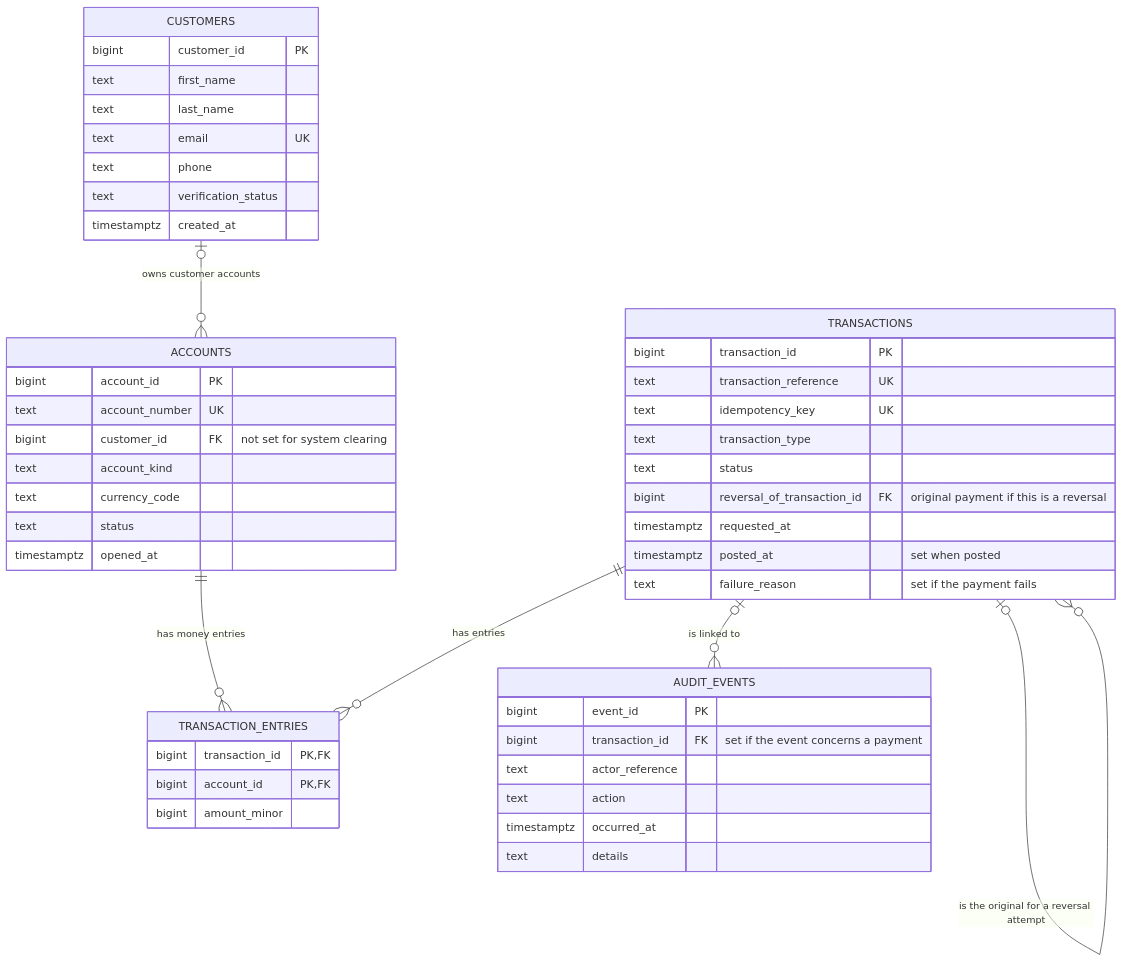
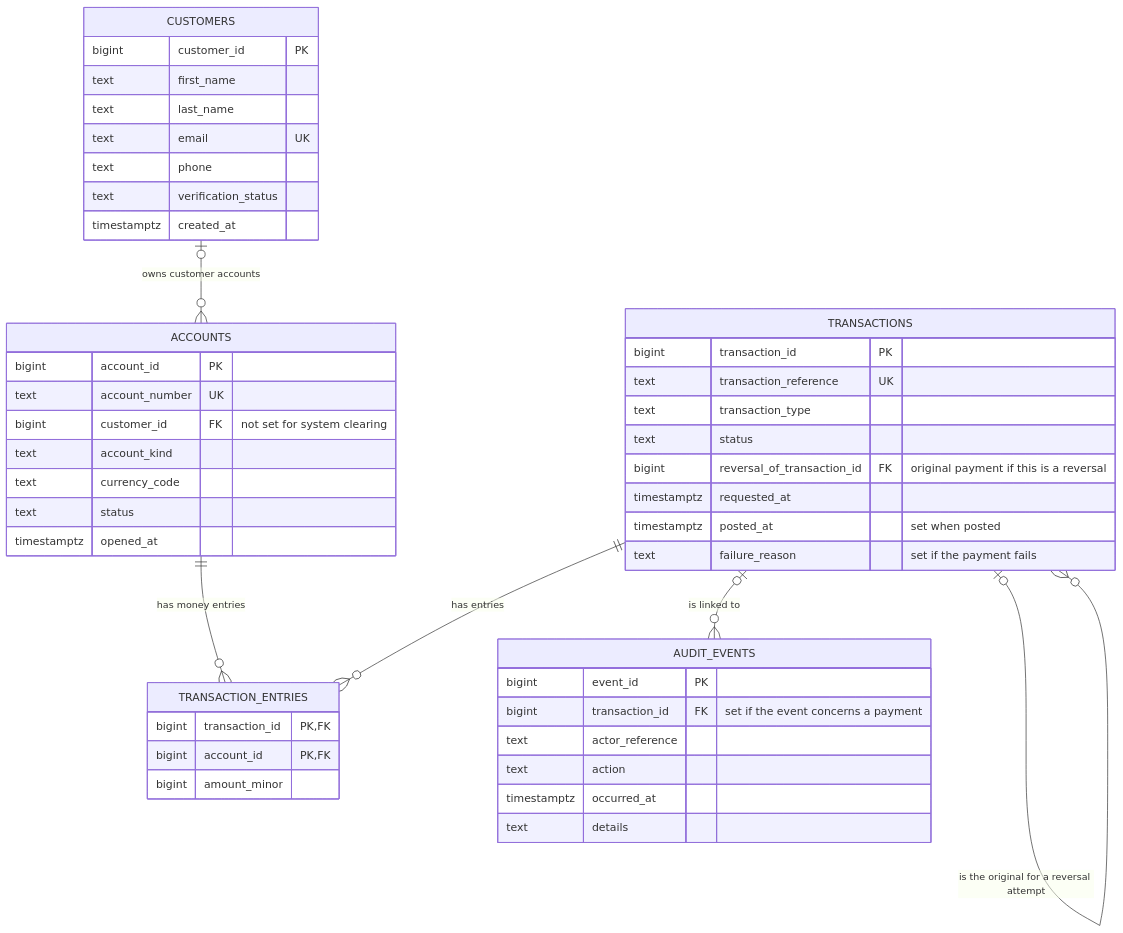
Before and after one commit to hafolabi/Oladipo_Afolabi_301919753: the diagram in Oladipo_Afolabi_301919753_Portfolio1DatabaseDesign/er_diagram.mmd, drawn with Mermaid. The commit also changed 14 other files, not shown here.

```diff
--- a/Oladipo_Afolabi_301919753_Portfolio1DatabaseDesign/er_diagram.mmd
+++ b/Oladipo_Afolabi_301919753_Portfolio1DatabaseDesign/er_diagram.mmd
@@ -1,49 +1,48 @@
 erDiagram
     CUSTOMERS o|--o{ ACCOUNTS : "owns customer accounts"
     ACCOUNTS ||--o{ TRANSACTION_ENTRIES : "has money entries"
     TRANSACTIONS ||--o{ TRANSACTION_ENTRIES : "has entries"
     TRANSACTIONS o|--o{ AUDIT_EVENTS : "is linked to"
     TRANSACTIONS o|--o{ TRANSACTIONS : "is the original for a reversal attempt"
 
     CUSTOMERS {
         bigint customer_id PK
         text first_name
         text last_name
         text email UK
         text phone
         text verification_status
         timestamptz created_at
     }
     ACCOUNTS {
         bigint account_id PK
         text account_number UK
         bigint customer_id FK "not set for system clearing"
         text account_kind
         text currency_code
         text status
         timestamptz opened_at
     }
     TRANSACTIONS {
         bigint transaction_id PK
         text transaction_reference UK
-        text idempotency_key UK
         text transaction_type
         text status
         bigint reversal_of_transaction_id FK "original payment if this is a reversal"
         timestamptz requested_at
         timestamptz posted_at "set when posted"
         text failure_reason "set if the payment fails"
     }
     TRANSACTION_ENTRIES {
         bigint transaction_id PK,FK
         bigint account_id PK,FK
         bigint amount_minor
     }
     AUDIT_EVENTS {
         bigint event_id PK
         bigint transaction_id FK "set if the event concerns a payment"
         text actor_reference
         text action
         timestamptz occurred_at
         text details
     }
```
